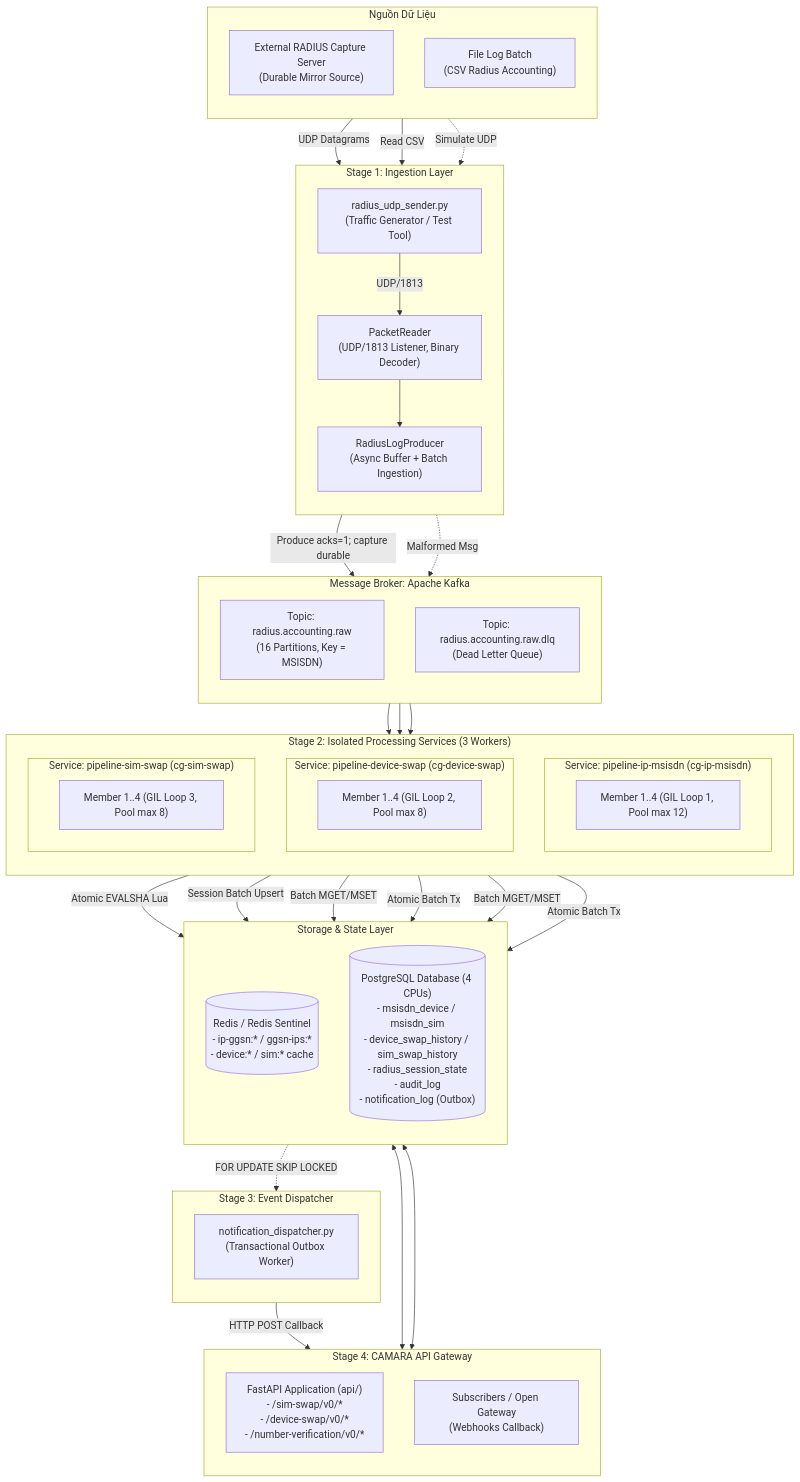
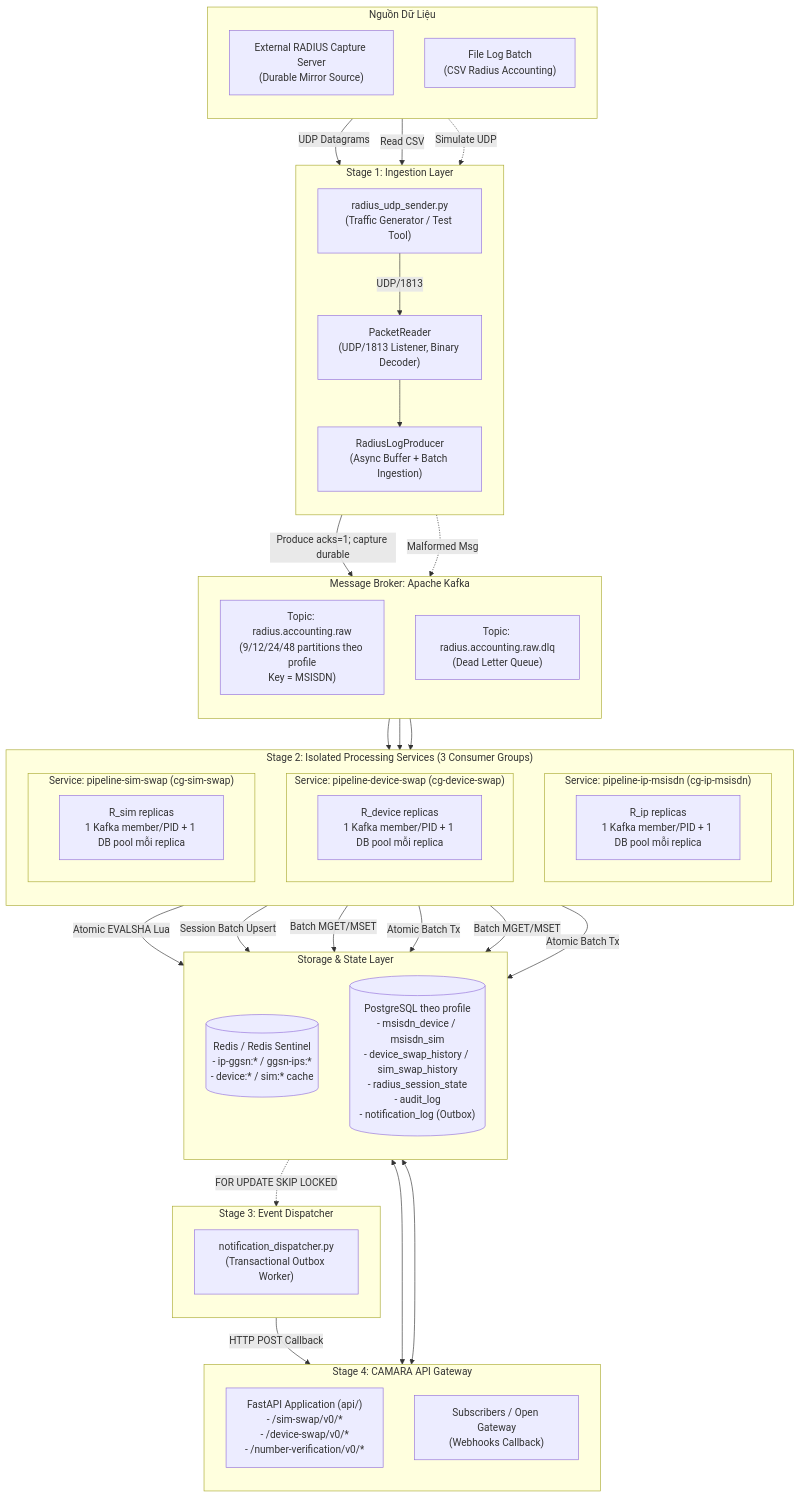
The first of 2 diagrams in README.md (chuyenvanhust/camara-pipeline), drawn with Mermaid before and after one commit. The commit also changed other lines of this file and 34 other files, not shown here.

````diff
--- a/README.md
+++ b/README.md
@@ -11,78 +11,78 @@
 ```mermaid
 flowchart TD
     subgraph SOURCELAYER["Nguồn Dữ Liệu"]
         direction TB
         GGSN["External RADIUS Capture Server<br/>(Durable Mirror Source)"]
         CSV["File Log Batch<br/>(CSV Radius Accounting)"]
     end
 
     subgraph INGESTIONLAYER["Stage 1: Ingestion Layer"]
         direction TB
         SENDER["radius_udp_sender.py<br/>(Traffic Generator / Test Tool)"]
         PKTREADER["PacketReader<br/>(UDP/1813 Listener, Binary Decoder)"]
         PRODUCER["RadiusLogProducer<br/>(Async Buffer + Batch Ingestion)"]
     end
 
     subgraph KAFKALAYER["Message Broker: Apache Kafka"]
         direction TB
-        TOPIC["Topic: radius.accounting.raw<br/>(16 Partitions, Key = MSISDN)"]
+        TOPIC["Topic: radius.accounting.raw<br/>(9/12/24/48 partitions theo profile<br/>Key = MSISDN)"]
         DLQ["Topic: radius.accounting.raw.dlq<br/>(Dead Letter Queue)"]
     end
 
-    subgraph CONSUMERLAYER["Stage 2: Isolated Processing Services (3 Workers)"]
+    subgraph CONSUMERLAYER["Stage 2: Isolated Processing Services (3 Consumer Groups)"]
         direction TB
         subgraph SVC1["Service: pipeline-ip-msisdn (cg-ip-msisdn)"]
-            IPM1["Member 1..4 (GIL Loop 1, Pool max 12)"]
+            IPM1["R_ip replicas<br/>1 Kafka member/PID + 1 DB pool mỗi replica"]
         end
         subgraph SVC2["Service: pipeline-device-swap (cg-device-swap)"]
-            DEV1["Member 1..4 (GIL Loop 2, Pool max 8)"]
+            DEV1["R_device replicas<br/>1 Kafka member/PID + 1 DB pool mỗi replica"]
         end
         subgraph SVC3["Service: pipeline-sim-swap (cg-sim-swap)"]
-            SIM1["Member 1..4 (GIL Loop 3, Pool max 8)"]
+            SIM1["R_sim replicas<br/>1 Kafka member/PID + 1 DB pool mỗi replica"]
         end
     end
 
     subgraph STORAGELAYER["Storage & State Layer"]
         direction TB
         REDIS[("Redis / Redis Sentinel<br/>- ip-ggsn:* / ggsn-ips:*<br/>- device:* / sim:* cache")]
-        POSTGRES[("PostgreSQL Database (4 CPUs)<br/>- msisdn_device / msisdn_sim<br/>- device_swap_history / sim_swap_history<br/>- radius_session_state<br/>- audit_log<br/>- notification_log (Outbox)")]
+        POSTGRES[("PostgreSQL theo profile<br/>- msisdn_device / msisdn_sim<br/>- device_swap_history / sim_swap_history<br/>- radius_session_state<br/>- audit_log<br/>- notification_log (Outbox)")]
     end
 
     subgraph DISPATCHERLAYER["Stage 3: Event Dispatcher"]
         direction TB
         DISPATCHER["notification_dispatcher.py<br/>(Transactional Outbox Worker)"]
     end
 
     subgraph APILAYER["Stage 4: CAMARA API Gateway"]
         direction TB
         FASTAPI["FastAPI Application (api/)<br/>- /sim-swap/v0/*<br/>- /device-swap/v0/*<br/>- /number-verification/v0/*"]
         OPENGATEWAY["Subscribers / Open Gateway<br/>(Webhooks Callback)"]
     end
 
     %% Flow connections
     GGSN -->|UDP Datagrams| PKTREADER
     CSV -->|Read CSV| PRODUCER
     CSV -.->|Simulate UDP| SENDER
     SENDER -->|UDP/1813| PKTREADER
 
     PKTREADER --> PRODUCER
     PRODUCER -->|Produce acks=1; capture durable| TOPIC
     PRODUCER -.->|Malformed Msg| DLQ
 
     TOPIC --> SVC1
     TOPIC --> SVC2
     TOPIC --> SVC3
 
     SVC1 -->|Atomic EVALSHA Lua| REDIS
     SVC1 -->|Session Batch Upsert| POSTGRES
     SVC2 -->|Batch MGET/MSET| REDIS
     SVC2 -->|Atomic Batch Tx| POSTGRES
     SVC3 -->|Batch MGET/MSET| REDIS
     SVC3 -->|Atomic Batch Tx| POSTGRES
 
     POSTGRES -.->|FOR UPDATE SKIP LOCKED| DISPATCHER
     DISPATCHER -->|HTTP POST Callback| OPENGATEWAY
 
     REDIS <--> FASTAPI
     POSTGRES <--> FASTAPI
 ```
````
